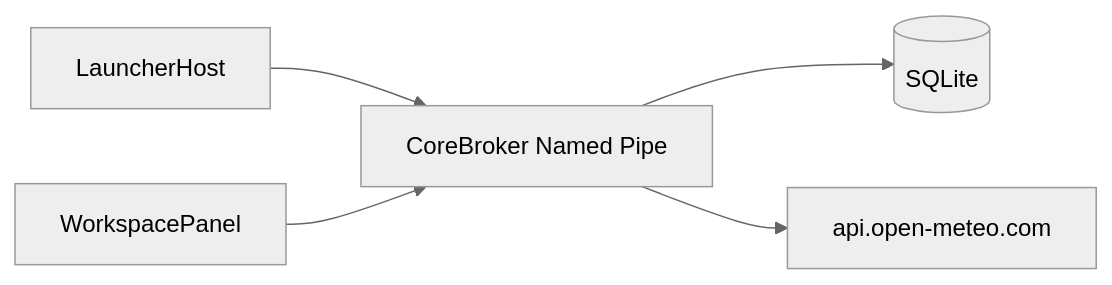
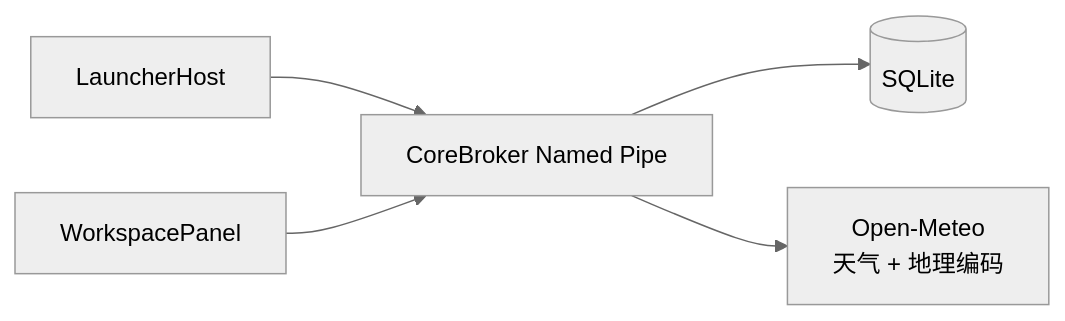
One commit to CookPiu/WinWidgetBoard changed the diagram in docs/09-security-privacy.md. Above: the diagram before and after it, drawn with Mermaid (neutral theme). The commit also changed other lines of this file and 8 other files, not shown here.

````diff
--- a/docs/09-security-privacy.md
+++ b/docs/09-security-privacy.md
@@ -35,7 +39,7 @@
 ```mermaid
 flowchart LR
     L["LauncherHost"] --> B["CoreBroker Named Pipe"]
     P["WorkspacePanel"] --> B
     B --> D[("SQLite")]
-    B --> W["api.open-meteo.com"]
+    B --> W["Open-Meteo<br/>天气 + 地理编码"]
 ```
````
